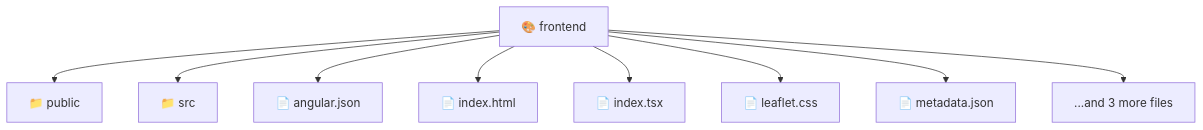
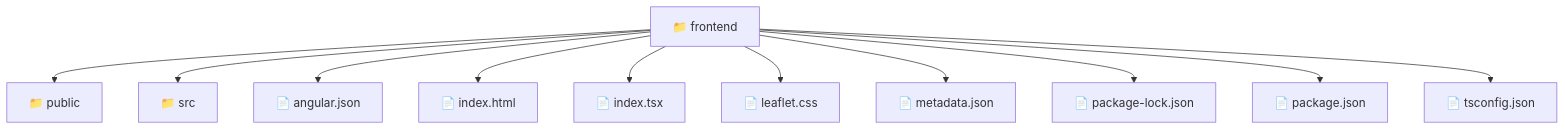
Before and after one commit to beginwebdev2002/fullstack-mavluda: the diagram in frontend/README.md, drawn with Mermaid. The commit also changed other lines of this file and 159 other files, not shown here.

````diff
--- a/frontend/README.md
+++ b/frontend/README.md
@@ -9,12 +9,14 @@
 ```mermaid
 graph TD
-  frontend["🎨 frontend"]
-  frontend --> frontend_public["📁 public"]
-  frontend --> frontend_src["📁 src"]
-  frontend --> frontend_angular_json["📄 angular.json"]
-  frontend --> frontend_index_html["📄 index.html"]
-  frontend --> frontend_index_tsx["📄 index.tsx"]
-  frontend --> frontend_leaflet_css["📄 leaflet.css"]
-  frontend --> frontend_metadata_json["📄 metadata.json"]
-  frontend --> frontend_more_files["...and 3 more files"]
+  Root["📁 frontend"]
+  Root --> public["📁 public"]
+  Root --> src["📁 src"]
+  Root --> angular_json["📄 angular.json"]
+  Root --> index_html["📄 index.html"]
+  Root --> index_tsx["📄 index.tsx"]
+  Root --> leaflet_css["📄 leaflet.css"]
+  Root --> metadata_json["📄 metadata.json"]
+  Root --> package_lock_json["📄 package-lock.json"]
+  Root --> package_json["📄 package.json"]
+  Root --> tsconfig_json["📄 tsconfig.json"]
 ```
````
